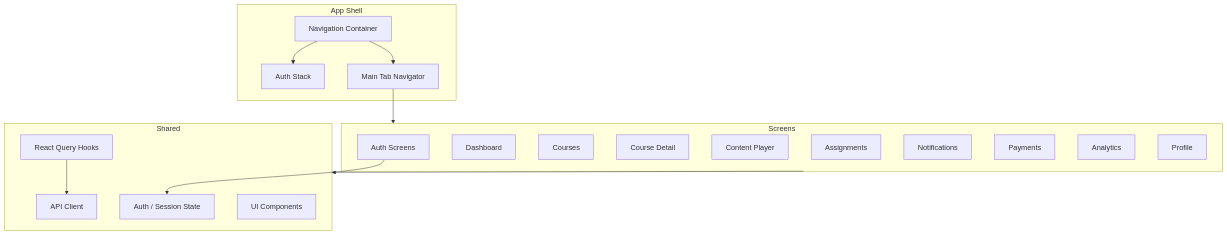
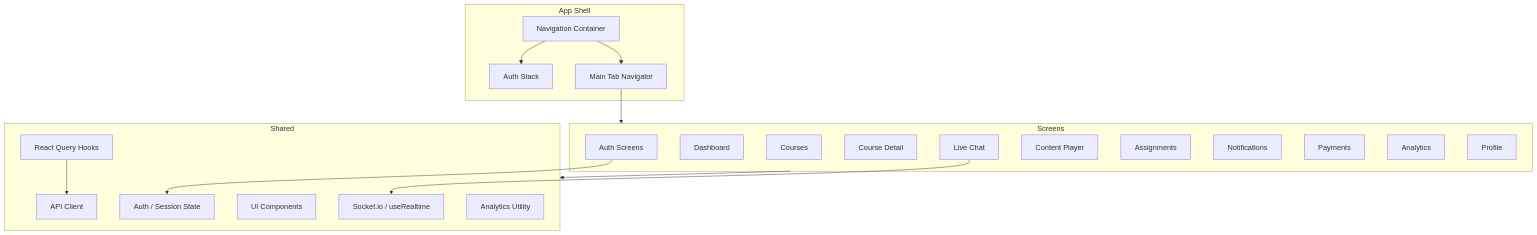
One commit to Mukeshmehta2041/enterprise-learning-management-system changed the second of 2 diagrams in docs/mobile/01-architecture-mobile.md. Above: the diagram before and after it, drawn with Mermaid. The commit also changed other lines of this file and 144 other files, not shown here.

````diff
--- a/docs/mobile/01-architecture-mobile.md
+++ b/docs/mobile/01-architecture-mobile.md
@@ -56,35 +57,39 @@
 ```mermaid
 flowchart TB
     subgraph appShell [App Shell]
         NavContainer[Navigation Container]
         AuthStack[Auth Stack]
         MainTabs[Main Tab Navigator]
     end
 
     subgraph screens [Screens]
         AuthScreens[Auth Screens]
         Dashboard[Dashboard]
         Courses[Courses]
         CourseDetail[Course Detail]
+        Chat[Live Chat]
         Player[Content Player]
         Assignments[Assignments]
         Notifications[Notifications]
         Payments[Payments]
         Analytics[Analytics]
         Profile[Profile]
     end
 
     subgraph shared [Shared]
         UI[UI Components]
         ApiClient[API Client]
         Queries[React Query Hooks]
+        Realtime[Socket.io / useRealtime]
         AuthState[Auth / Session State]
+        AnalyticsUtil[Analytics Utility]
     end
 
     NavContainer --> AuthStack
     NavContainer --> MainTabs
     MainTabs --> screens
     screens --> shared
     AuthScreens --> AuthState
     Queries --> ApiClient
+    Chat --> Realtime
 ```
````
